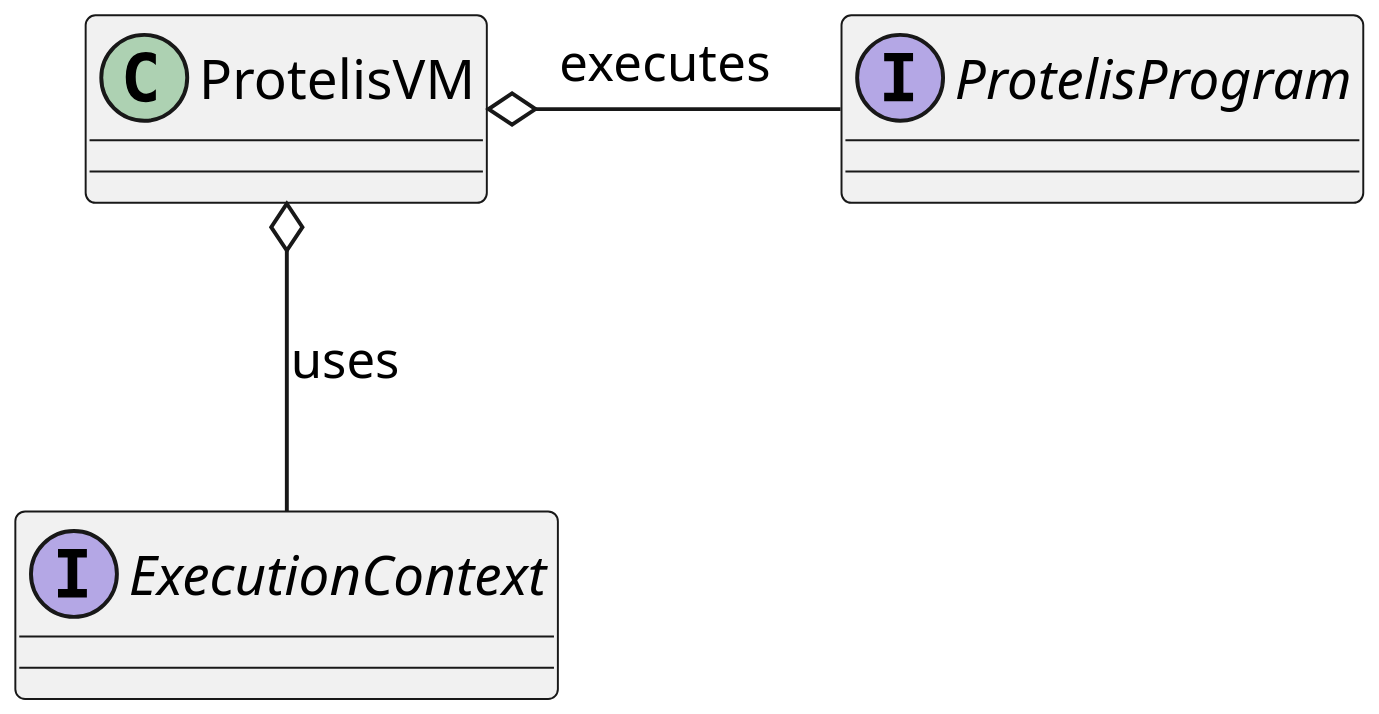
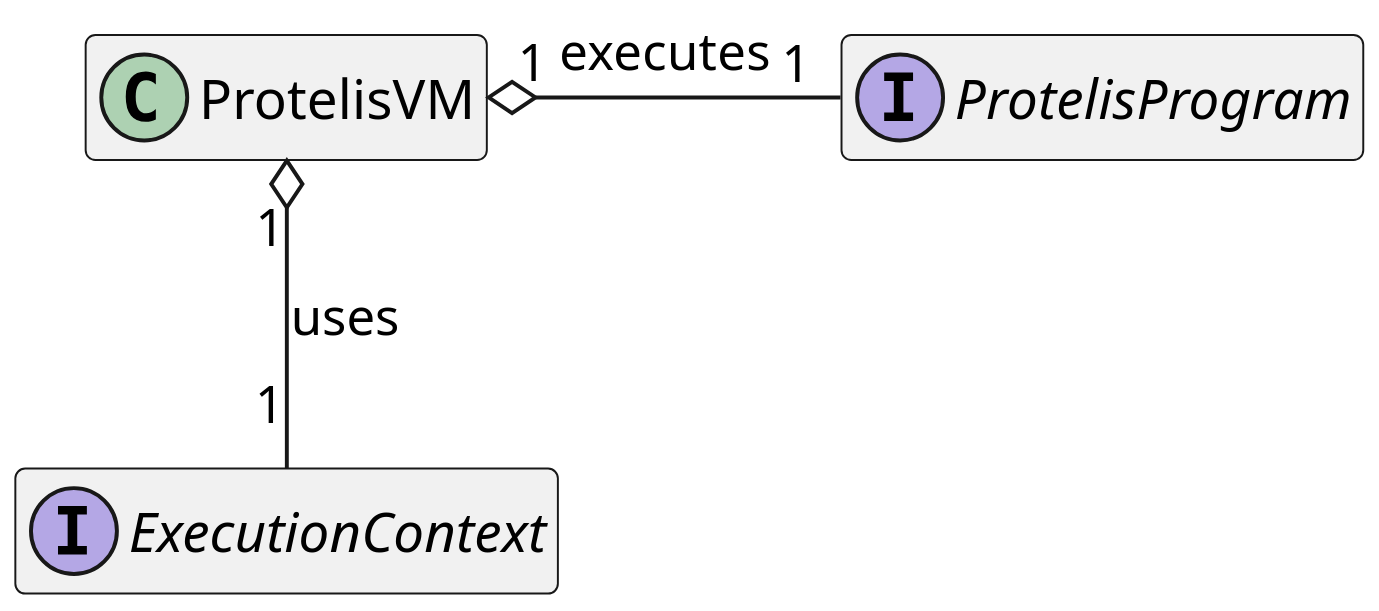
Before and after one commit to lippo97/thesis: the diagram in diagrams/protelis-api.puml, drawn with PlantUML. The commit also changed 16 other files, not shown here.

```diff
--- a/diagrams/protelis-api.puml
+++ b/diagrams/protelis-api.puml
@@ -1,10 +1,11 @@
 @startuml
 
 skinparam dpi 250
+hide empty members
 
-ProtelisVM o-- ExecutionContext : uses
-ProtelisVM o- ProtelisProgram : executes
+ProtelisVM "1" o-- "1" ExecutionContext : uses
+ProtelisVM "1" o- "1" ProtelisProgram : executes
 interface ExecutionContext
 interface ProtelisProgram
 class ProtelisVM
 @enduml
```
